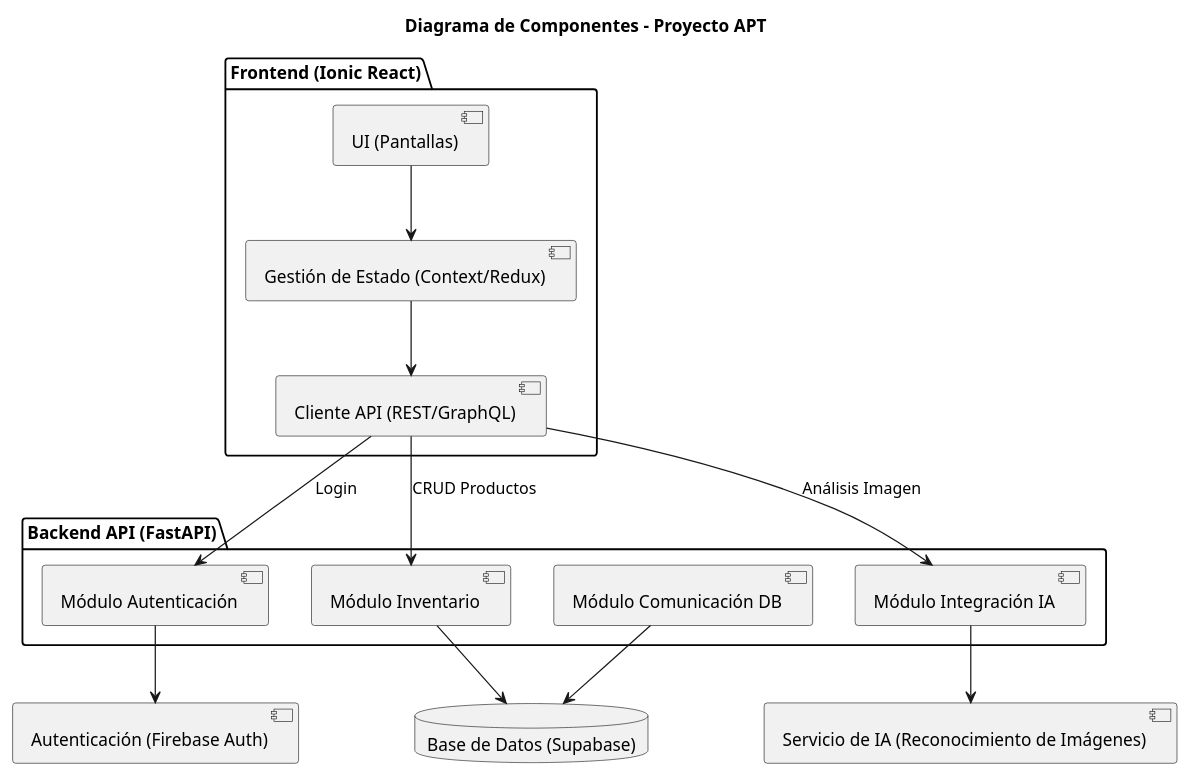
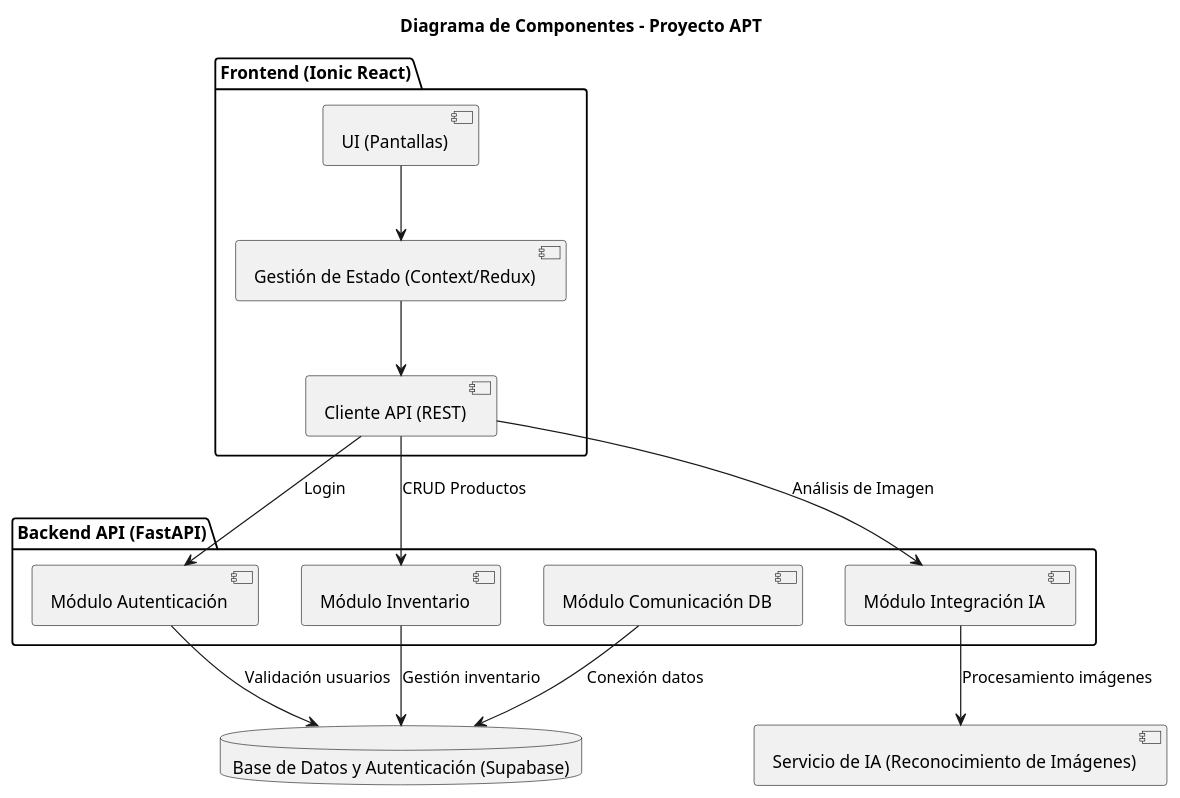
One commit to Tihare-Campusano/NEXA changed the diagram in inventario-app/docs/diagramas/Diagrama_de_componentes.puml. Above: the diagram before and after it, drawn with PlantUML. The commit also changed 13 other files, not shown here.

```diff
--- a/inventario-app/docs/diagramas/Diagrama_de_componentes.puml
+++ b/inventario-app/docs/diagramas/Diagrama_de_componentes.puml
@@ -1,32 +1,31 @@
 @startuml Diagrama_de_componentes
 title Diagrama de Componentes - Proyecto APT
 
 package "Frontend (Ionic React)" {
     component "UI (Pantallas)" as UI
     component "Gestión de Estado (Context/Redux)" as STATE
-    component "Cliente API (REST/GraphQL)" as APIClient
+    component "Cliente API (REST)" as APIClient
 }
 
 package "Backend API (FastAPI)" {
     component "Módulo Autenticación" as BEAuth
     component "Módulo Inventario" as BEInv
     component "Módulo Integración IA" as BEIA
     component "Módulo Comunicación DB" as BEDB
 }
 
-database "Base de Datos (Supabase)" as DB
+database "Base de Datos y Autenticación (Supabase)" as DB
 component "Servicio de IA (Reconocimiento de Imágenes)" as IA
-component "Autenticación (Firebase Auth)" as AUTH
 
 UI --> STATE
 STATE --> APIClient
 APIClient --> BEAuth : Login
 APIClient --> BEInv : CRUD Productos
-APIClient --> BEIA : Análisis Imagen
+APIClient --> BEIA : Análisis de Imagen
 
-BEAuth --> AUTH
-BEInv --> DB
-BEDB --> DB
-BEIA --> IA
+BEAuth --> DB : Validación usuarios
+BEInv --> DB : Gestión inventario
+BEDB --> DB : Conexión datos
+BEIA --> IA : Procesamiento imágenes
 
 @enduml
```
